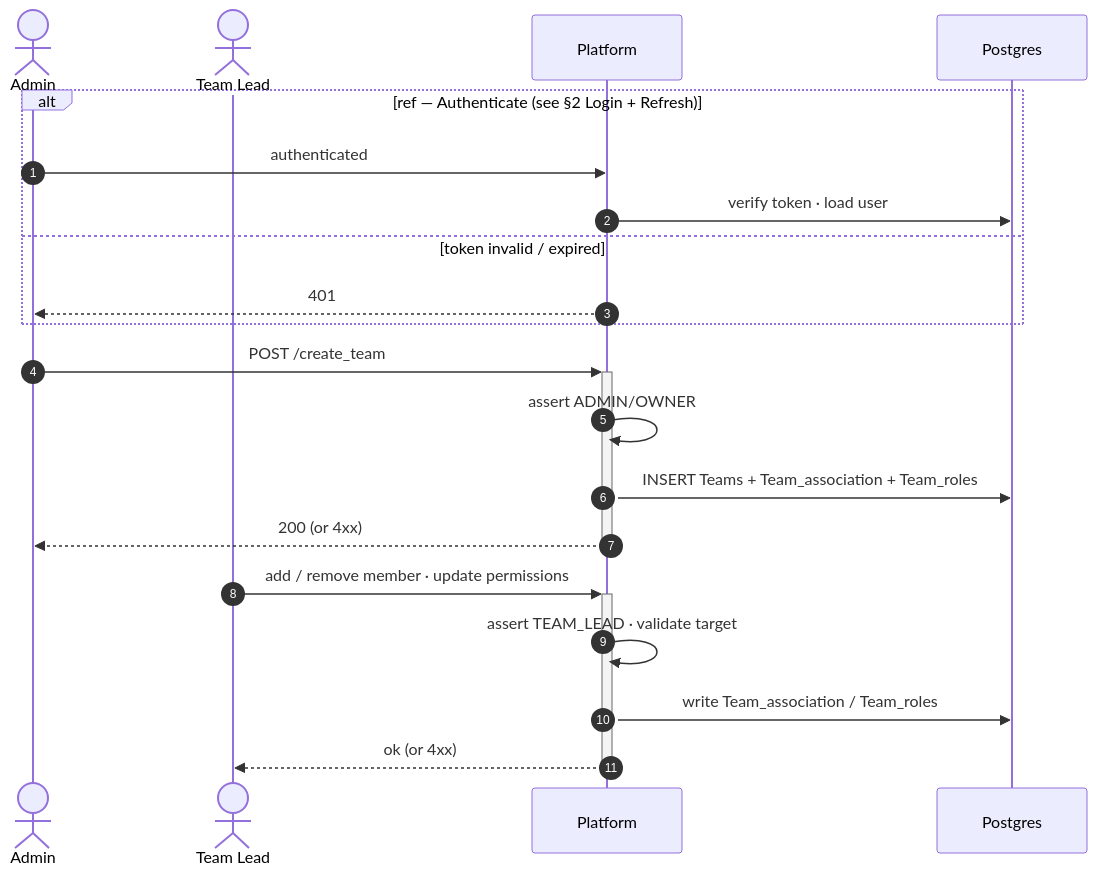
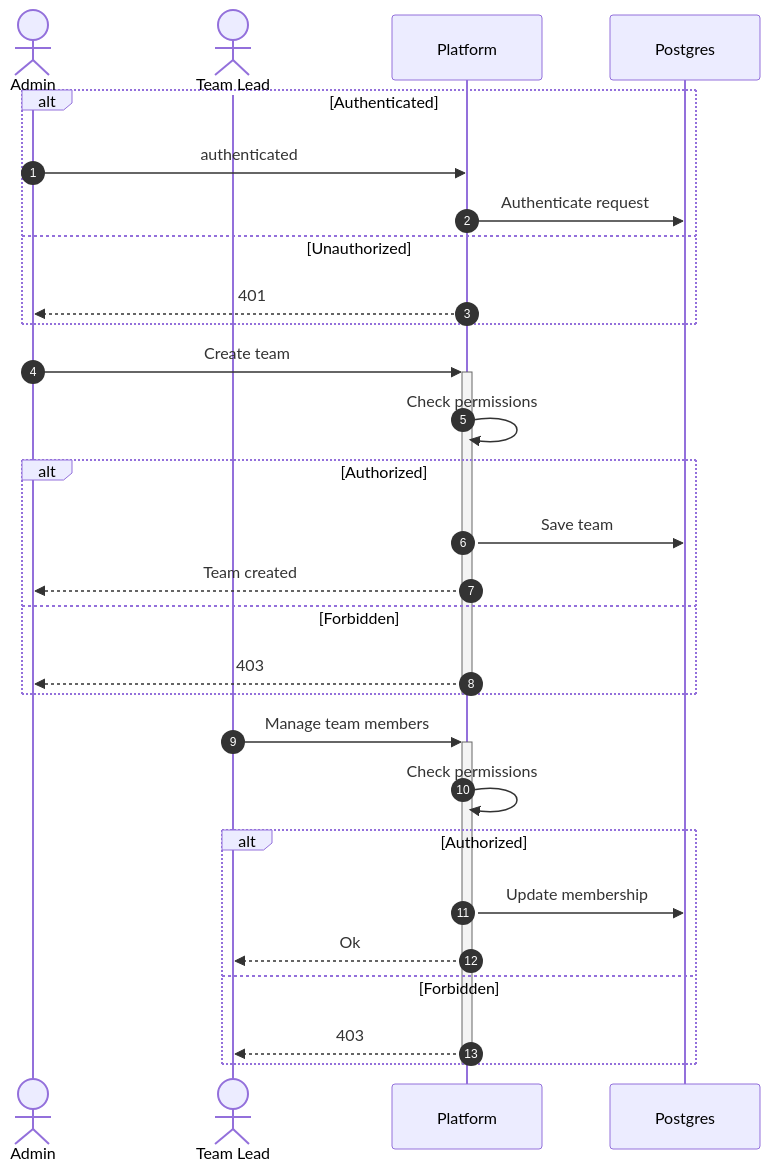
One commit to MohamedChebbi123/teamnest changed the eighth of 16 diagrams in docs/SEQUENCE_DIAGRAMS.md. Above: the diagram before and after it, drawn with Mermaid. The commit also changed other lines of this file, not shown here.

````diff
--- a/docs/SEQUENCE_DIAGRAMS.md
+++ b/docs/SEQUENCE_DIAGRAMS.md
@@ -231,25 +276,35 @@
 ```mermaid
 sequenceDiagram
     autonumber
     actor Admin
     actor Lead as Team Lead
     participant API as Platform
     participant DB as Postgres
 
-    alt ref — Authenticate (see §2 Login + Refresh)
+    alt Authenticated
         Admin->>API: authenticated
-        API->>DB: verify token · load user
-    else token invalid / expired
+        API->>DB: Authenticate request
+    else Unauthorized
         API-->>Admin: 401
     end
 
-    Admin->>+API: POST /create_team
-    API->>API: assert ADMIN/OWNER
-    API->>DB: INSERT Teams + Team_association + Team_roles
-    API-->>-Admin: 200 (or 4xx)
+    Admin->>+API: Create team
+    API->>API: Check permissions
+    alt Authorized
+        API->>DB: Save team
+        API-->>Admin: Team created
+    else Forbidden
+        API-->>Admin: 403
+    end
+    deactivate API
 
-    Lead->>+API: add / remove member · update permissions
-    API->>API: assert TEAM_LEAD · validate target
-    API->>DB: write Team_association / Team_roles
-    API-->>-Lead: ok (or 4xx)
+    Lead->>+API: Manage team members
+    API->>API: Check permissions
+    alt Authorized
+        API->>DB: Update membership
+        API-->>Lead: Ok
+    else Forbidden
+        API-->>Lead: 403
+    end
+    deactivate API
 ```
````
